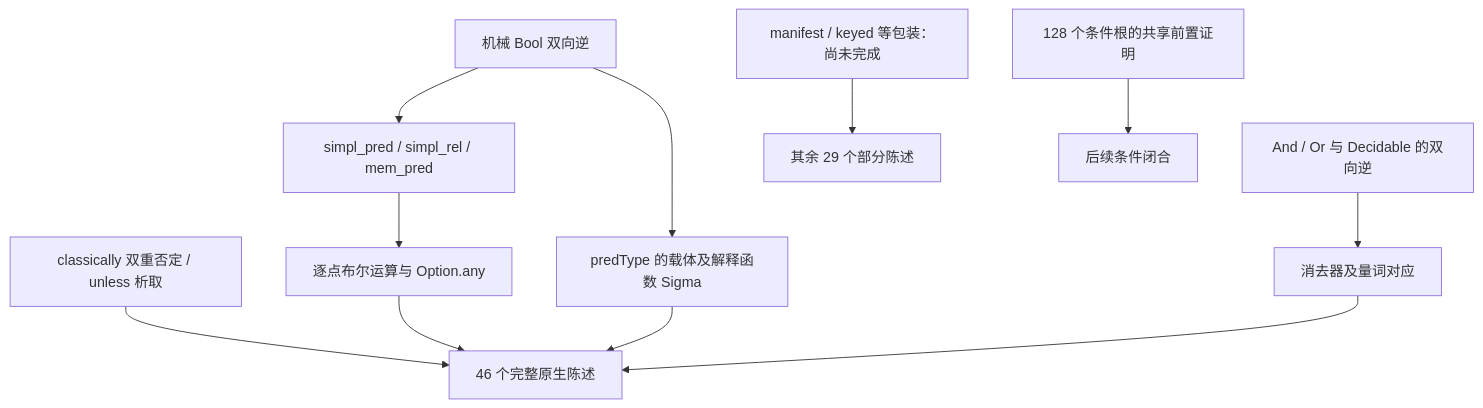
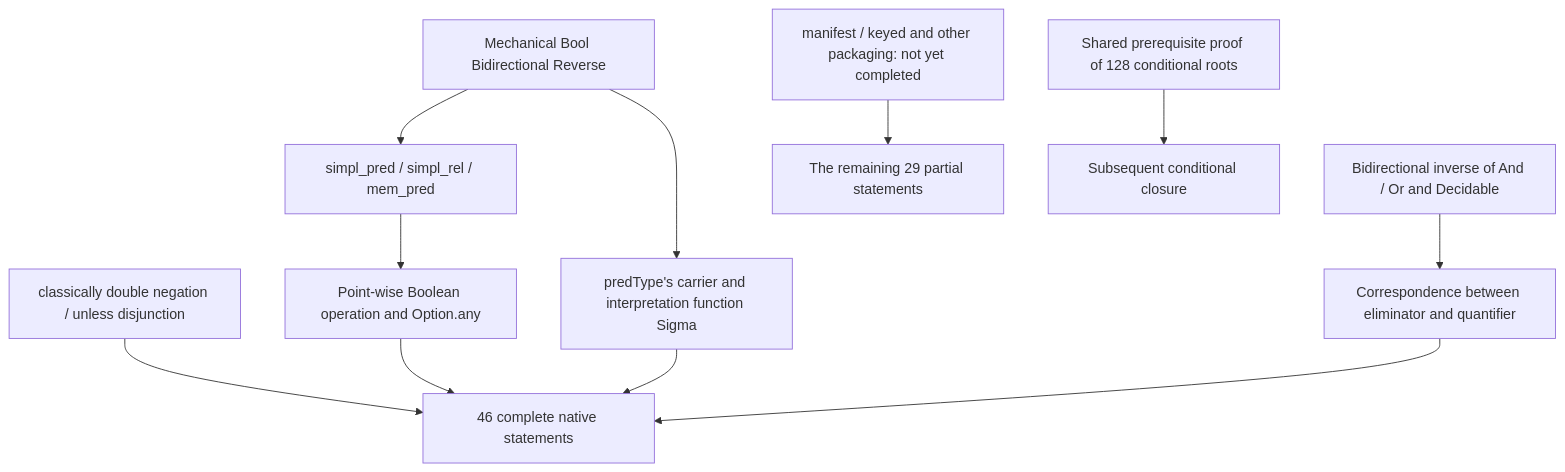
One commit to jackooo-dddd/rocq-core changed the sixth of 26 diagrams in experiments/incremental-correspondence-20261019/DAG.md. Above: the diagram before and after it, drawn with Mermaid. The commit also changed other lines of this file and 701 other files, not shown here.

````diff
--- a/experiments/incremental-correspondence-20261019/DAG.md
+++ b/experiments/incremental-correspondence-20261019/DAG.md
@@ -295,13 +295,13 @@
 ```mermaid
 flowchart TD
-  A["机械 Bool 双向逆"] --> B["simpl_pred / simpl_rel / mem_pred"]
-  B --> C["逐点布尔运算与 Option.any"]
-  A --> D["predType 的载体及解释函数 Sigma"]
-  E["And / Or 与 Decidable 的双向逆"] --> F["消去器及量词对应"]
-  G["classically 双重否定 / unless 析取"] --> H["46 个完整原生陈述"]
+  A["Mechanical Bool Bidirectional Reverse"] --> B["simpl_pred / simpl_rel / mem_pred"]
+  B --> C["Point-wise Boolean operation and Option.any"]
+  A --> D["predType's carrier and interpretation function Sigma"]
+  E["Bidirectional inverse of And / Or and Decidable"] --> F["Correspondence between eliminator and quantifier"]
+  G["classically double negation / unless disjunction"] --> H["46 complete native statements"]
   C --> H
   D --> H
   F --> H
-  I["manifest / keyed 等包装：尚未完成"] --> J["其余 29 个部分陈述"]
-  K["128 个条件根的共享前置证明"] --> L["后续条件闭合"]
+  I["manifest / keyed and other packaging: not yet completed"] --> J["The remaining 29 partial statements"]
+  K["Shared prerequisite proof of 128 conditional roots"] --> L["Subsequent conditional closure"]
 ```
````
